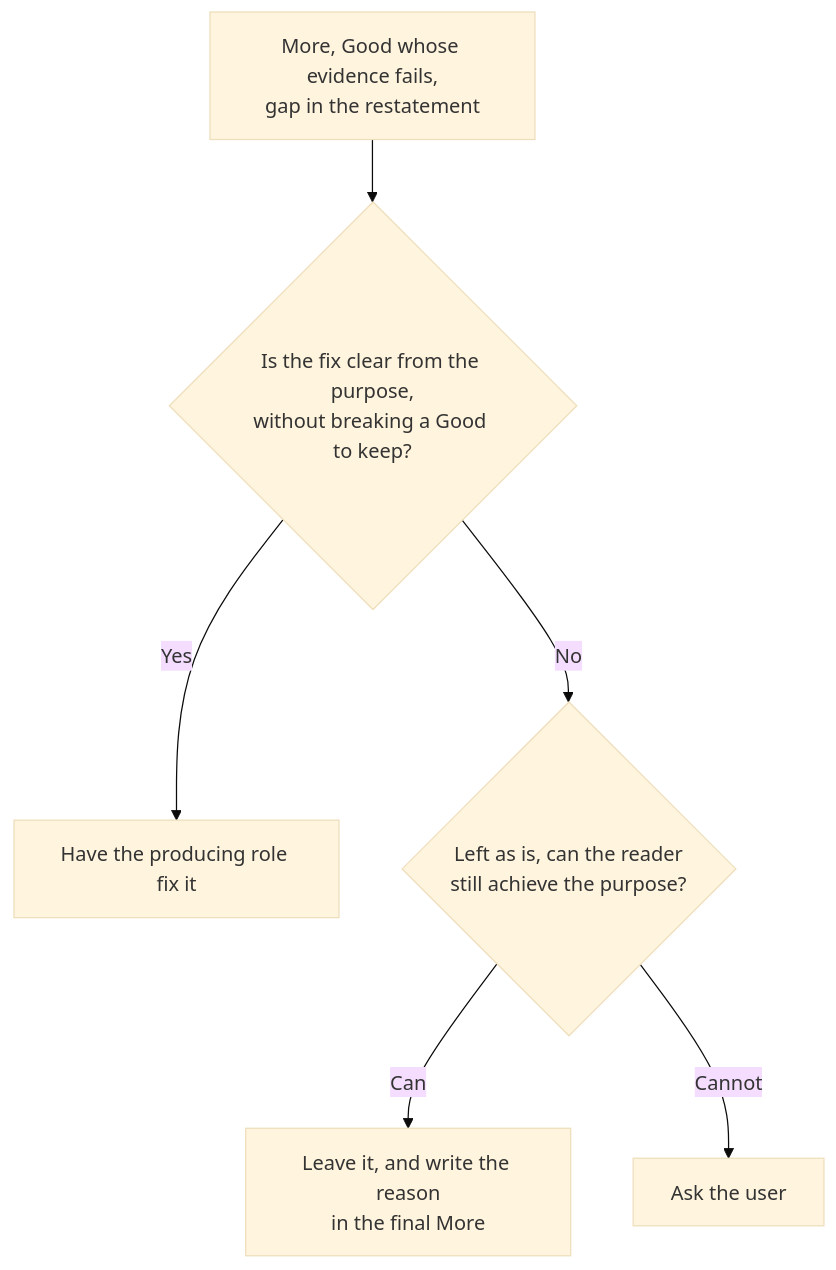
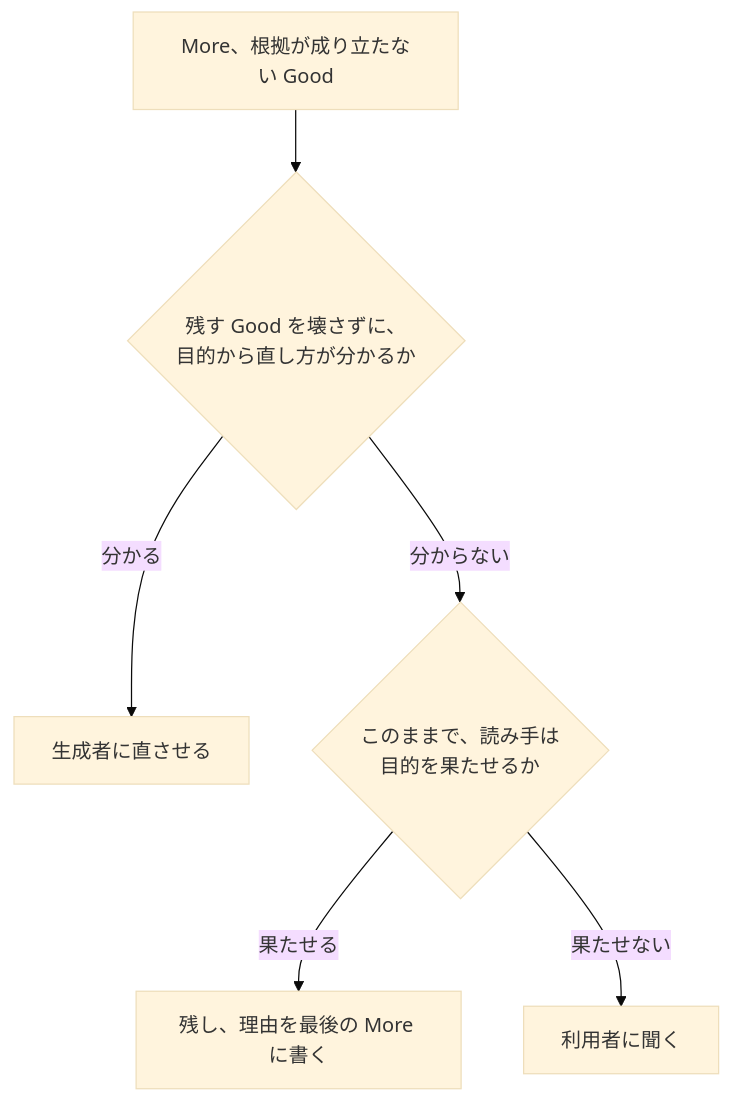
Before and after one commit to lovaizu/ccpm: the third of 4 diagrams in writ/docs/design.md, drawn with Mermaid (base theme). The commit also changed other lines of this file and 1 other file, not shown here.

First line of the commit message:
docs(writ): README and design, in Japanese for review, add pith, which has a first user use the work and sets what happened beside the aim, and writ:up checks through it with the conductor, generator and first user

````diff
--- a/writ/docs/design.md
+++ b/writ/docs/design.md
@@ -209,14 +159,14 @@
 ```mermaid
 flowchart TD
-  M[More, Good whose evidence fails,<br/>gap in the restatement]
-  Q1{Is the fix clear from the purpose,<br/>without breaking a Good to keep?}
-  X[Have the producing role fix it]
-  Q2{Left as is, can the reader<br/>still achieve the purpose?}
-  L[Leave it, and write the reason<br/>in the final More]
-  B[Ask the user]
+  M[More、根拠が成り立たない Good]
+  Q1{残す Good を壊さずに、<br/>目的から直し方が分かるか}
+  X[生成者に直させる]
+  Q2{このままで、読み手は<br/>目的を果たせるか}
+  L[残し、理由を最後の More に書く]
+  B[利用者に聞く]
   M --> Q1
-  Q1 -->|Yes| X
-  Q1 -->|No| Q2
-  Q2 -->|Can| L
-  Q2 -->|Cannot| B
+  Q1 -->|分かる| X
+  Q1 -->|分からない| Q2
+  Q2 -->|果たせる| L
+  Q2 -->|果たせない| B
 ```
````
